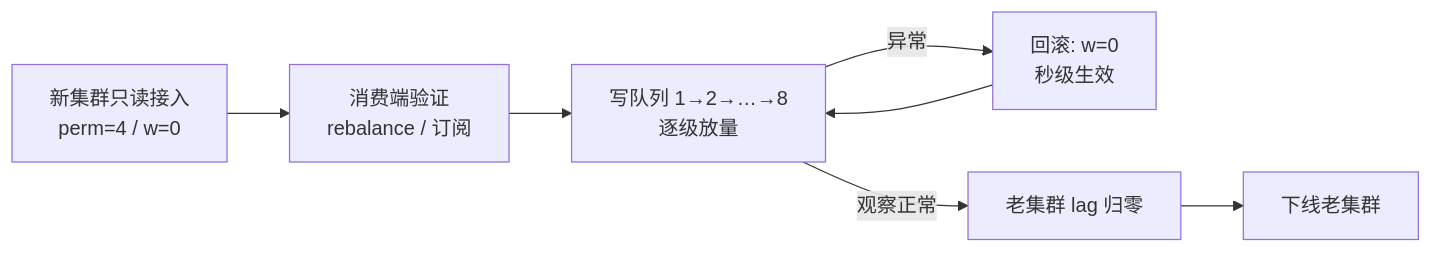
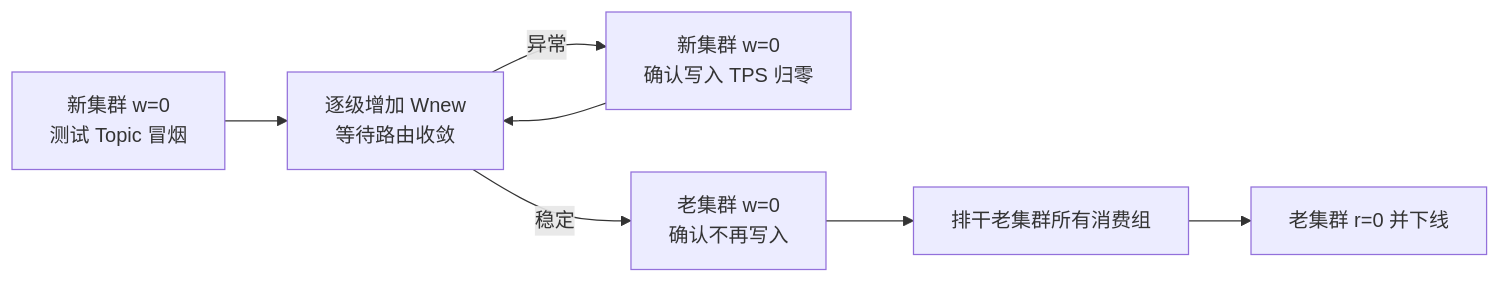
One commit to skt-shinyruo/rocketmq changed the diagram in learning_notes/rocketmq_cluster_migration_gray_release.md. Above: the diagram before and after it, drawn with Mermaid. The commit also changed other lines of this file and 11 other files, not shown here.

````diff
--- a/learning_notes/rocketmq_cluster_migration_gray_release.md
+++ b/learning_notes/rocketmq_cluster_migration_gray_release.md
@@ -81,9 +118,9 @@
 ```mermaid
 graph LR
-    A[新集群只读接入<br>perm=4 / w=0] --> B[消费端验证<br>rebalance / 订阅]
-    B --> C[写队列 1→2→…→8<br>逐级放量]
-    C -->|异常| R[回滚: w=0<br>秒级生效]
-    R --> C
-    C -->|观察正常| D[老集群 lag 归零]
-    D --> E[下线老集群]
+    A[新集群 w=0<br/>测试 Topic 冒烟] --> B[逐级增加 Wnew<br/>等待路由收敛]
+    B -->|异常| R[新集群 w=0<br/>确认写入 TPS 归零]
+    R --> B
+    B -->|稳定| C[老集群 w=0<br/>确认不再写入]
+    C --> D[排干老集群所有消费组]
+    D --> E[老集群 r=0 并下线]
 ```
````
